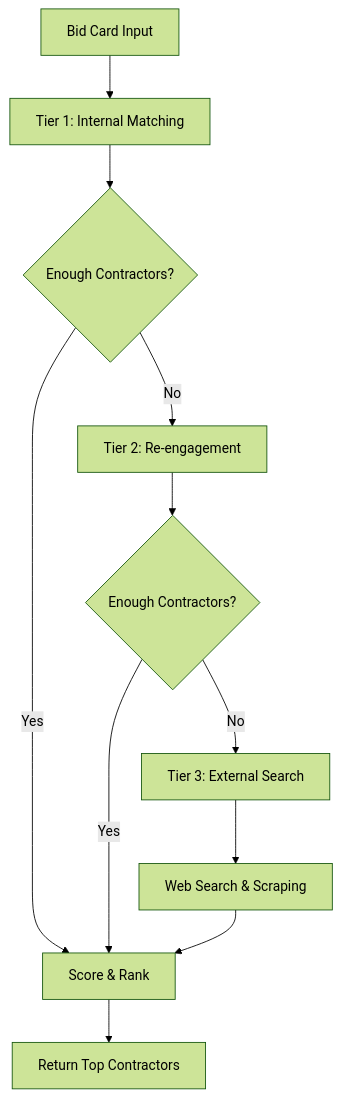
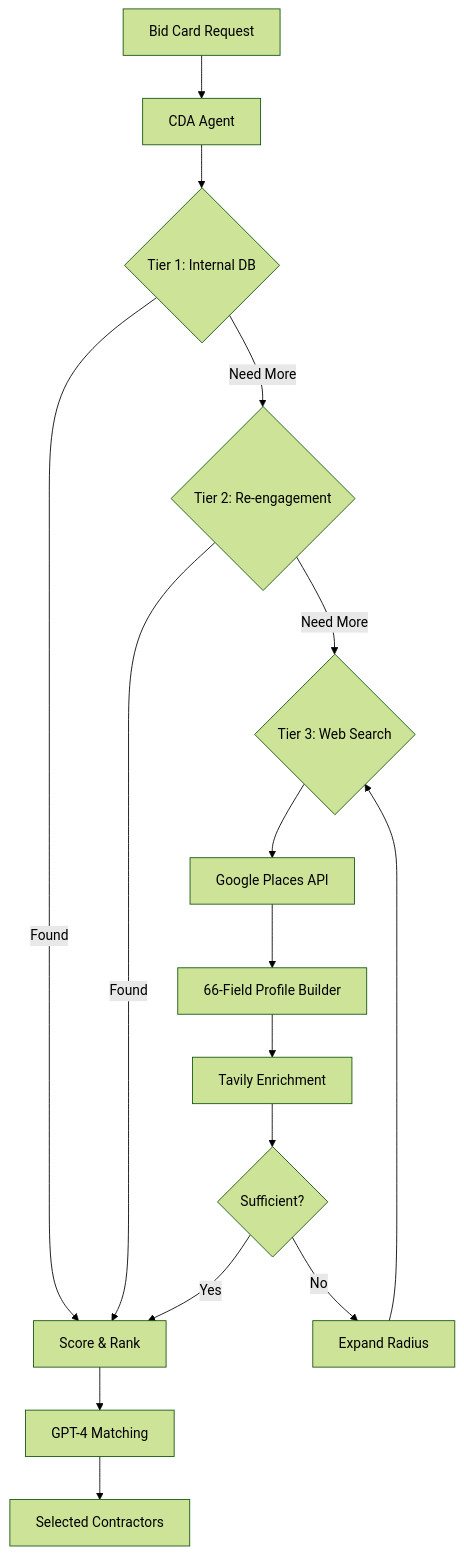
The diagram in ai-agents/agents/cda/README.md (Insta-Bids-System/instabids-v2), drawn with Mermaid (forest theme) before and after one commit. The commit also changed other lines of this file and 14 other files, not shown here.

First line of the commit message:
feat: Consolidate and enhance CDA with 66-field profiles and adaptive discovery

````diff
--- a/ai-agents/agents/cda/README.md
+++ b/ai-agents/agents/cda/README.md
@@ -102,13 +130,18 @@
 ```mermaid
 graph TD
-    A[Bid Card Input] --> B[Tier 1: Internal Matching]
-    B --> C{Enough Contractors?}
-    C -->|No| D[Tier 2: Re-engagement]
-    C -->|Yes| H[Score & Rank]
-    D --> E{Enough Contractors?}
-    E -->|No| F[Tier 3: External Search]
-    E -->|Yes| H
-    F --> G[Web Search & Scraping]
-    G --> H
-    H --> I[Return Top Contractors]
+    A[Bid Card Request] --> B[CDA Agent]
+    B --> C{Tier 1: Internal DB}
+    C -->|Found| D[Score & Rank]
+    C -->|Need More| E{Tier 2: Re-engagement}
+    E -->|Found| D
+    E -->|Need More| F{Tier 3: Web Search}
+    F --> G[Google Places API]
+    G --> H[66-Field Profile Builder]
+    H --> I[Tavily Enrichment]
+    I --> J{Sufficient?}
+    J -->|No| K[Expand Radius]
+    K --> F
+    J -->|Yes| D
+    D --> L[GPT-4 Matching]
+    L --> M[Selected Contractors]
 ```
````
